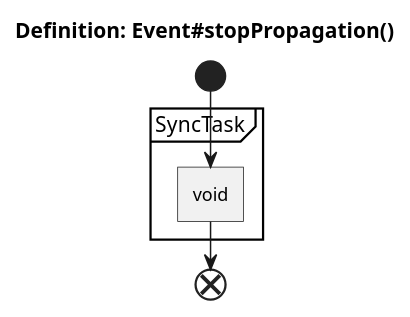
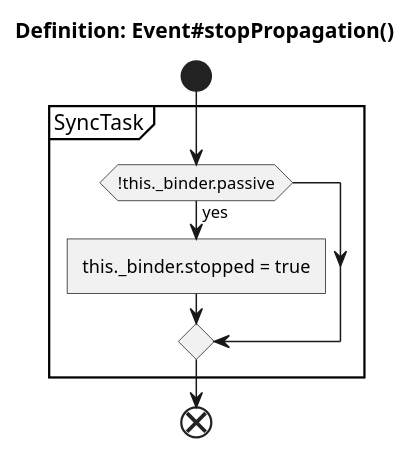
Before and after one commit to imazzine/imazzine.github.io: diagram 27 of 50 in _uml/puml/EventTargetAPI.puml, drawn with PlantUML. The commit also changed other lines of this file and 174 other files, not shown here.

```diff
--- a/_uml/puml/EventTargetAPI.puml
+++ b/_uml/puml/EventTargetAPI.puml
@@ -425,9 +556,11 @@
 @startuml Definition_Event.stopPropagation
     title Definition: Event#stopPropagation()
 
     start
         partition SyncTask {
-            :void]
+            if (!this._binder.passive) then (yes)
+                :this._binder.stopped = true]
+            endif
         }
     end
 @enduml
```
